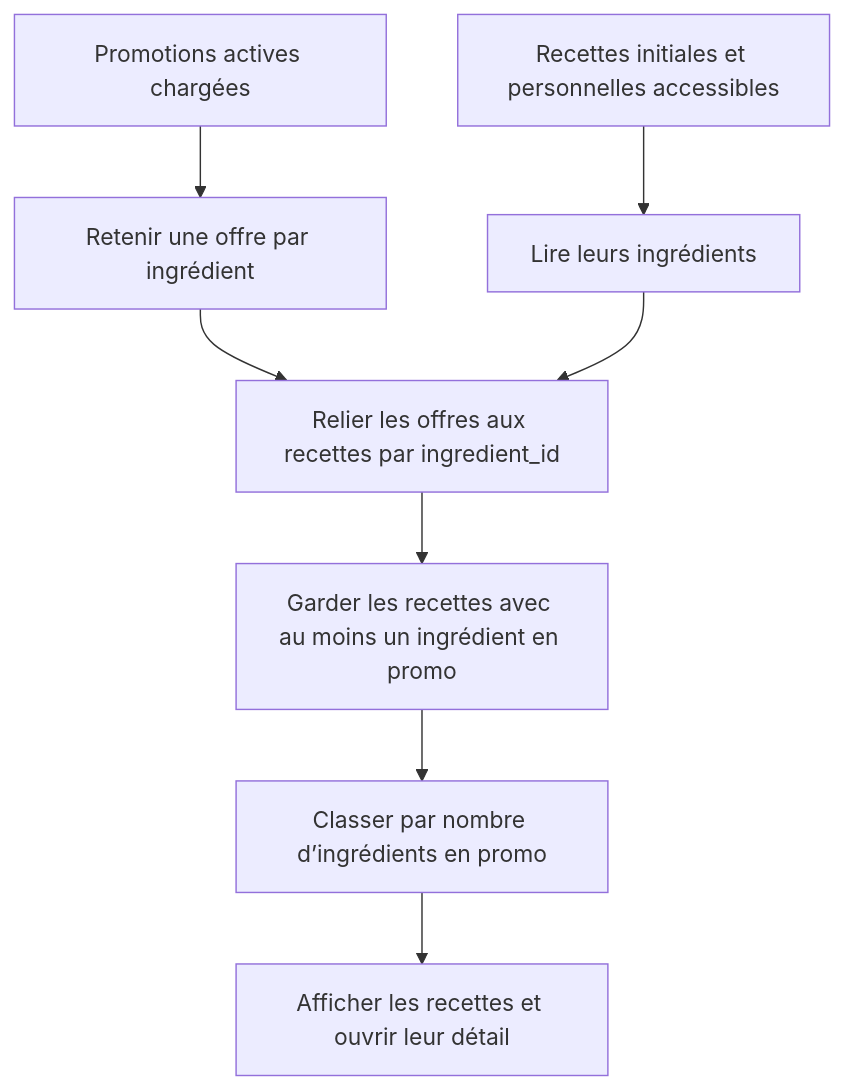
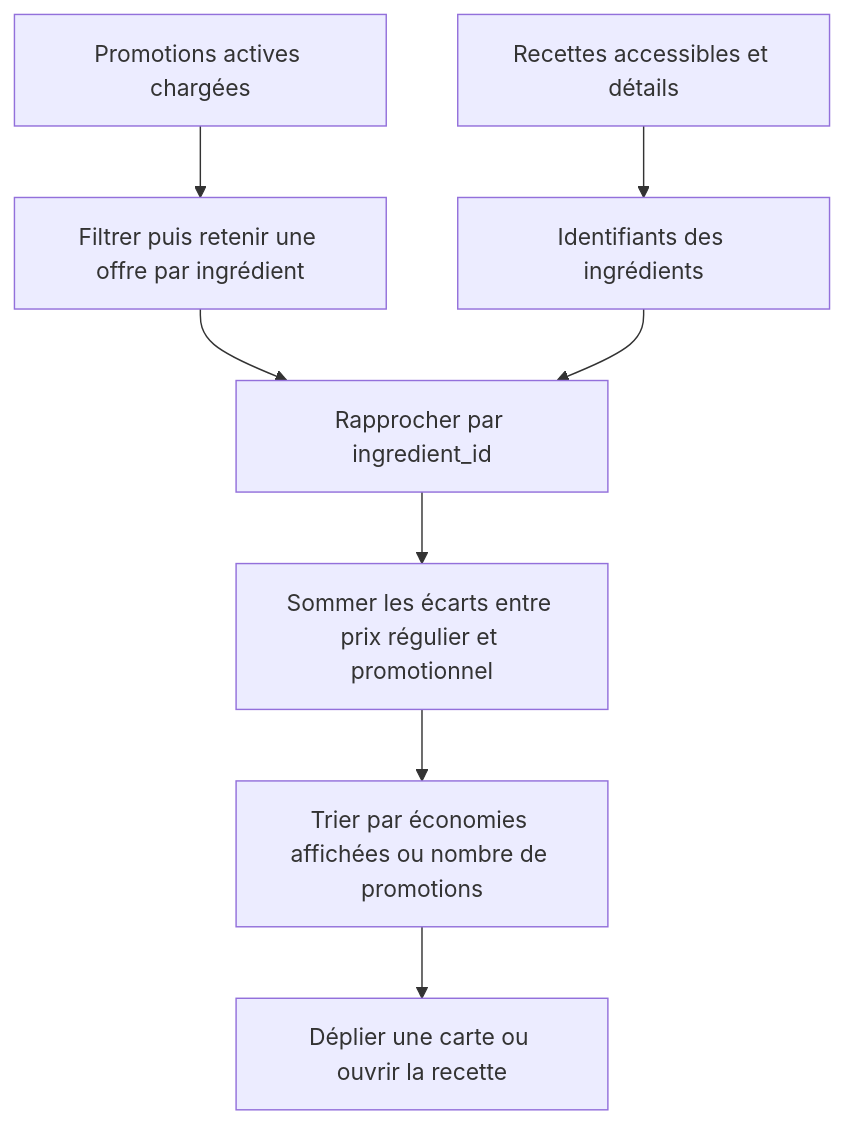
One commit to EnzoT454/OptiMeal changed diagram 15 of 27 in README-fonctionnement.md. Above: the diagram before and after it, drawn with Mermaid. The commit also changed other lines of this file and 80 other files, not shown here.

````diff
--- a/README-fonctionnement.md
+++ b/README-fonctionnement.md
@@ -690,10 +732,10 @@
 ```mermaid
 flowchart TD
-    P[Promotions actives chargées] --> O[Retenir une offre par ingrédient]
-    R[Recettes initiales et personnelles accessibles] --> D[Lire leurs ingrédients]
-    O --> C[Relier les offres aux recettes par ingredient_id]
-    D --> C
-    C --> T[Garder les recettes avec au moins un ingrédient en promo]
-    T --> L[Classer par nombre d’ingrédients en promo]
-    L --> V[Afficher les recettes et ouvrir leur détail]
+    O[Promotions actives chargées] --> F[Filtrer puis retenir une offre par ingrédient]
+    R[Recettes accessibles et détails] --> I[Identifiants des ingrédients]
+    F --> M[Rapprocher par ingredient_id]
+    I --> M
+    M --> S[Sommer les écarts entre prix régulier et promotionnel]
+    S --> T[Trier par économies affichées ou nombre de promotions]
+    T --> C[Déplier une carte ou ouvrir la recette]
 ```
````
